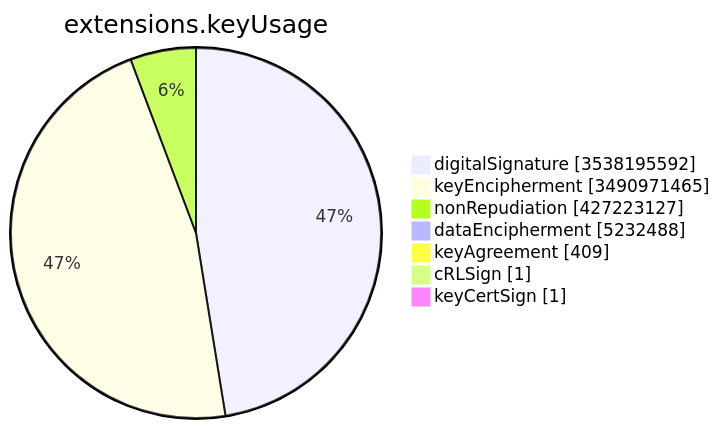
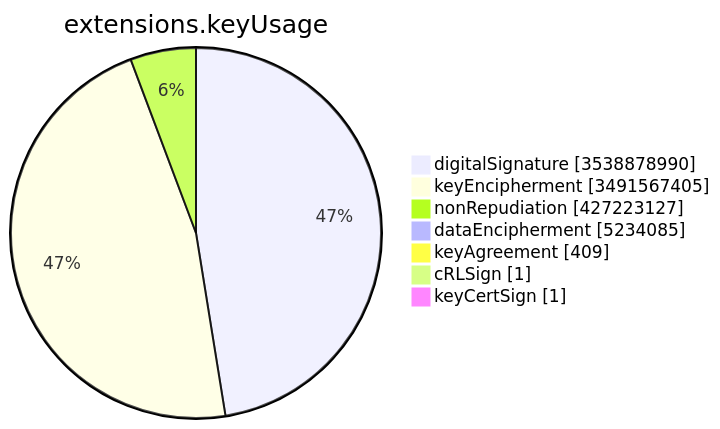
One commit to christiankrug/ctmonitor_visualization changed the sixth of 15 diagrams in TOTAL/README.md. Above: the diagram before and after it, drawn with Mermaid. The commit also changed other lines of this file, not shown here.

````diff
--- a/TOTAL/README.md
+++ b/TOTAL/README.md
@@ -3083,11 +3083,11 @@
 ```mermaid
 pie showData
 title extensions.keyUsage
-"digitalSignature" :3538195592
-"keyEncipherment" :3490971465
+"digitalSignature" :3538878990
+"keyEncipherment" :3491567405
 "nonRepudiation" :427223127
-"dataEncipherment" :5232488
+"dataEncipherment" :5234085
 "keyAgreement" :409
 "cRLSign" :1
 "keyCertSign" :1
 ```
````
